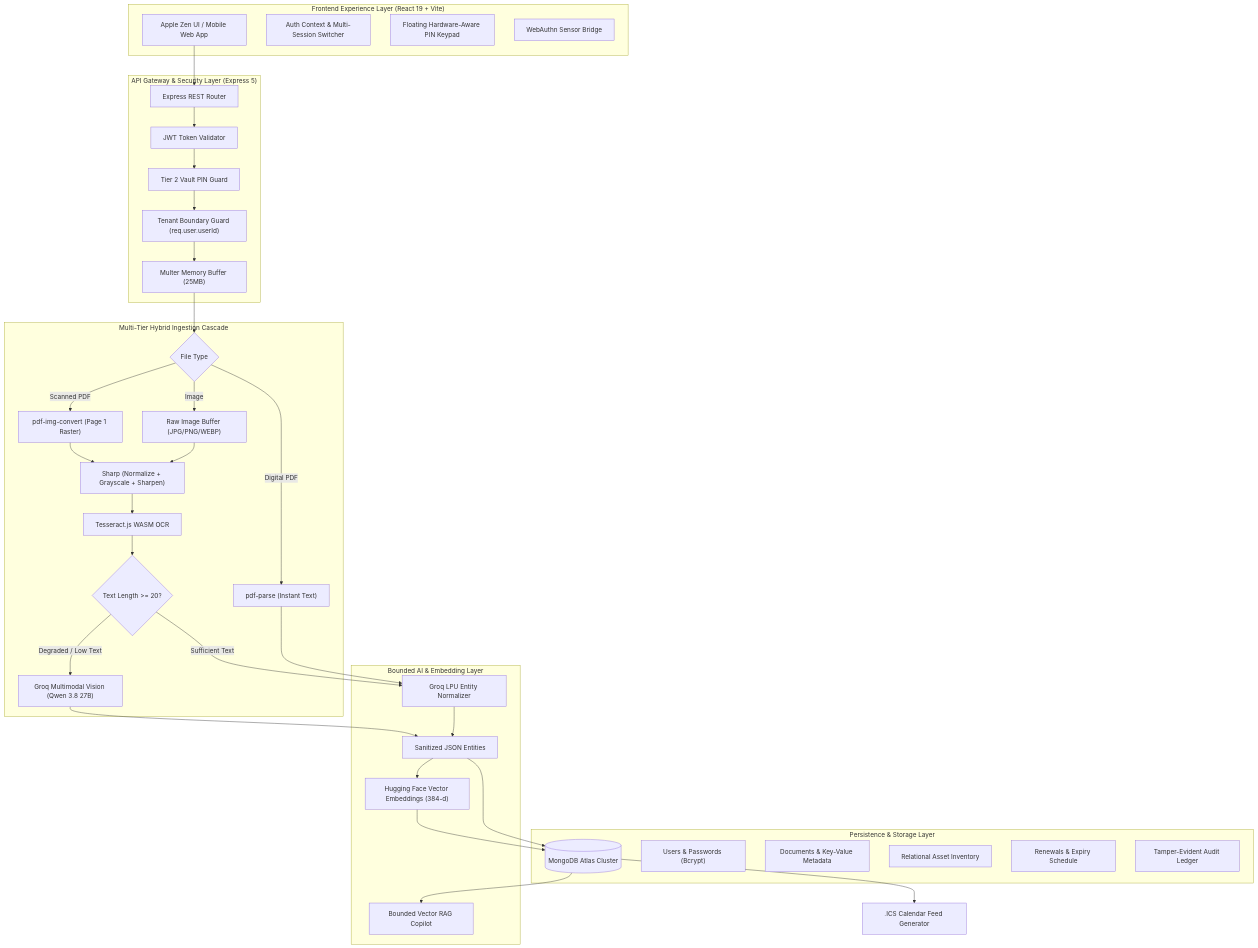
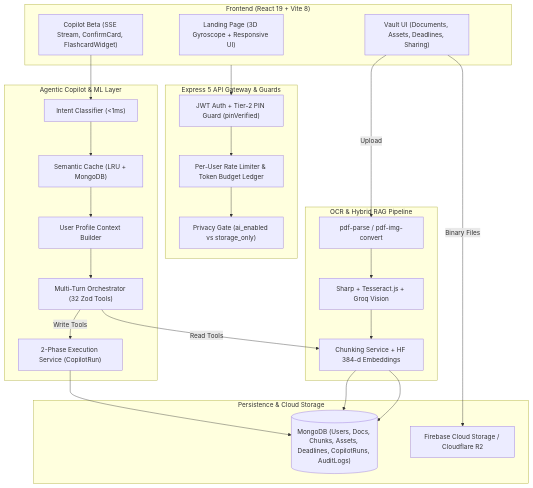
The diagram in README.md (AkshatMishra29/DocVault-2.0), drawn with Mermaid before and after one commit. The commit also changed other lines of this file, not shown here.

Commit message:
docs: rewrite README with full architecture, AI engineering, agentic Copilot, and tech stack

````diff
--- a/README.md
+++ b/README.md
@@ -138,66 +111,40 @@
 ```mermaid
 flowchart TD
-    subgraph ClientLayer ["Frontend Experience Layer (React 19 + Vite)"]
-        UI["Apple Zen UI / Mobile Web App"]
-        AuthContext["Auth Context & Multi-Session Switcher"]
-        Keypad["Floating Hardware-Aware PIN Keypad"]
-        Biometrics["WebAuthn Sensor Bridge"]
+    subgraph Client ["Frontend (React 19 + Vite 8)"]
+        Landing["Landing Page (3D Gyroscope + Responsive UI)"]
+        VaultUI["Vault UI (Documents, Assets, Deadlines, Sharing)"]
+        CopilotUI["Copilot Beta (SSE Stream, ConfirmCard, FlashcardWidget)"]
     end
 
-    subgraph Gateway ["API Gateway & Security Layer (Express 5)"]
-        Router["Express REST Router"]
-        JWTGuard["JWT Token Validator"]
-        PINCheck["Tier 2 Vault PIN Guard"]
-        TenantShield["Tenant Boundary Guard (req.user.userId)"]
-        MulterBuf["Multer Memory Buffer (25MB)"]
+    subgraph API ["Express 5 API Gateway & Guards"]
+        AuthGuard["JWT Auth + Tier-2 PIN Guard (pinVerified)"]
+        RateLimit["Per-User Rate Limiter & Token Budget Ledger"]
+        PrivacyGate["Privacy Gate (ai_enabled vs storage_only)"]
     end
 
-    subgraph OCRPipeline ["Multi-Tier Hybrid Ingestion Cascade"]
-        FileFork{"File Type"}
-        NativePDF["pdf-parse (Instant Text)"]
-        Rasterizer["pdf-img-convert (Page 1 Raster)"]
-        ImageBuffer["Raw Image Buffer (JPG/PNG/WEBP)"]
-        SharpModule["Sharp (Normalize + Grayscale + Sharpen)"]
-        Tess["Tesseract.js WASM OCR"]
-        QualityGate{"Text Length >= 20?"}
-        GroqVision["Groq Multimodal Vision (Qwen 3.8 27B)"]
+    subgraph AgenticAI ["Agentic Copilot & ML Layer"]
+        Intent["Intent Classifier (<1ms)"]
+        SemCache["Semantic Cache (LRU + MongoDB)"]
+        Profile["User Profile Context Builder"]
+        Orch["Multi-Turn Orchestrator (32 Zod Tools)"]
+        Exec["2-Phase Execution Service (CopilotRun)"]
     end
 
-    subgraph Intelligence ["Bounded AI & Embedding Layer"]
-        GroqText["Groq LPU Entity Normalizer"]
-        StructuredEntities["Sanitized JSON Entities"]
-        HFEmbed["Hugging Face Vector Embeddings (384-d)"]
-        RAG["Bounded Vector RAG Copilot"]
+    subgraph Ingestion ["OCR & Hybrid RAG Pipeline"]
+        PDF["pdf-parse / pdf-img-convert"]
+        OCR["Sharp + Tesseract.js + Groq Vision"]
+        Chunker["Chunking Service + HF 384-d Embeddings"]
     end
 
-    subgraph Persistence ["Persistence & Storage Layer"]
-        Atlas[("MongoDB Atlas Cluster")]
-        UsersCol["Users & Passwords (Bcrypt)"]
-        DocsCol["Documents & Key-Value Metadata"]
-        AssetsCol["Relational Asset Inventory"]
-        DeadlinesCol["Renewals & Expiry Schedule"]
-        AuditCol["Tamper-Evident Audit Ledger"]
+    subgraph Data ["Persistence & Cloud Storage"]
+        Mongo[("MongoDB (Users, Docs, Chunks, Assets, Deadlines, CopilotRuns, AuditLogs)")]
+        Storage["Firebase Cloud Storage / Cloudflare R2"]
     end
 
-    UI --> Router
-    Router --> JWTGuard --> PINCheck --> TenantShield
-    TenantShield --> MulterBuf --> FileFork
-
-    FileFork -->|Digital PDF| NativePDF
-    FileFork -->|Scanned PDF| Rasterizer --> SharpModule
-    FileFork -->|Image| ImageBuffer --> SharpModule
-
-    SharpModule --> Tess --> QualityGate
-    QualityGate -->|Sufficient Text| GroqText
-    QualityGate -->|Degraded / Low Text| GroqVision
-
-    NativePDF --> GroqText
-    GroqVision --> StructuredEntities
-    GroqText --> StructuredEntities
-
-    StructuredEntities --> HFEmbed --> Atlas
-    StructuredEntities --> Atlas
-
-    Atlas --> RAG
-    Atlas --> Calendar[".ICS Calendar Feed Generator"]
+    Client --> AuthGuard --> RateLimit --> PrivacyGate
+    CopilotUI --> Intent --> SemCache --> Profile --> Orch
+    Orch -->|Write Tools| Exec --> Mongo
+    Orch -->|Read Tools| Chunker --> Mongo
+    VaultUI -->|Upload| PDF --> OCR --> Chunker --> Mongo
+    VaultUI -->|Binary Files| Storage
 ```
````
